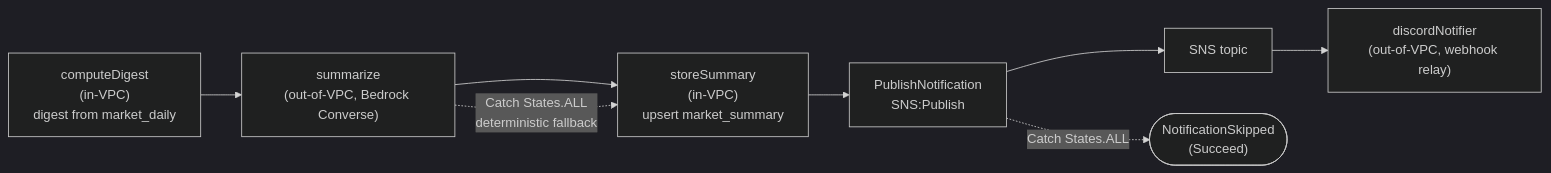
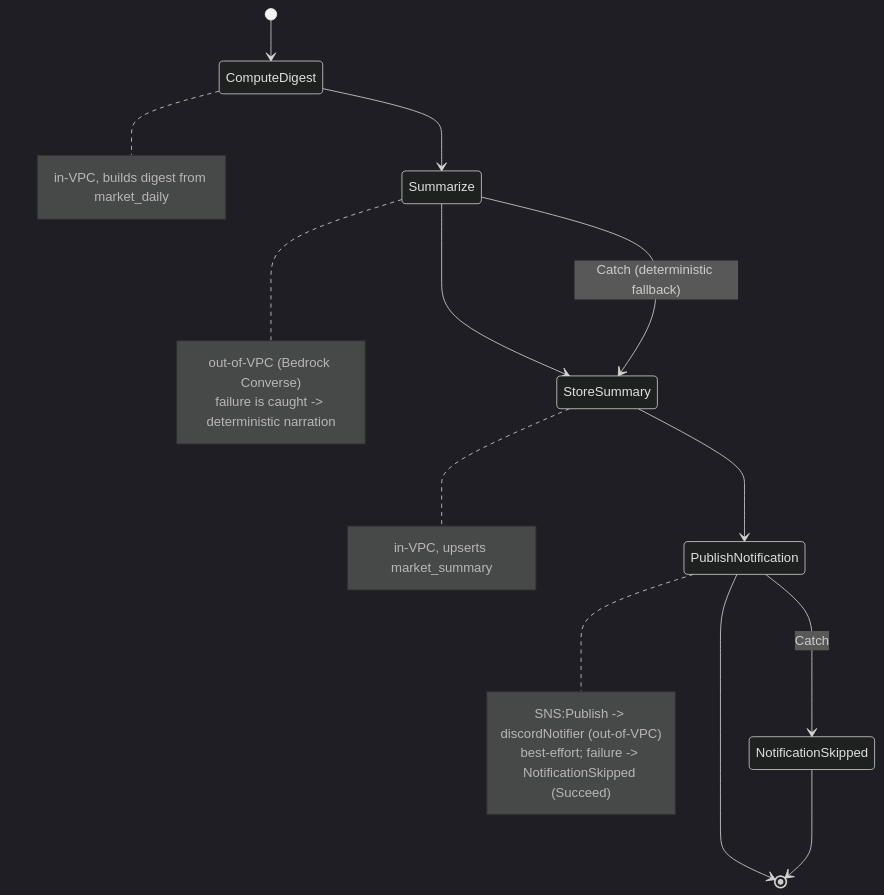
One commit to RyanYCT/bdo-market-insights changed the third of 3 diagrams in docs/architecture.md. Above: the diagram before and after it, drawn with Mermaid (dark theme). The commit also changed other lines of this file and 1 other file, not shown here.

First line of the commit message:
docs: use purpose-built mermaid types (architecture-beta + stateDiagram-v2)

````diff
--- a/docs/architecture.md
+++ b/docs/architecture.md
@@ -63,9 +90,22 @@
 ```mermaid
-flowchart LR
-    CD["computeDigest<br/>(in-VPC)<br/>digest from market_daily"] --> SUM["summarize<br/>(out-of-VPC, Bedrock Converse)"]
-    SUM --> SS["storeSummary<br/>(in-VPC)<br/>upsert market_summary"]
-    SUM -.->|"Catch States.ALL<br/>deterministic fallback"| SS
-    SS --> PUB["PublishNotification<br/>SNS:Publish"]
-    PUB --> SNS["SNS topic"] --> DN["discordNotifier<br/>(out-of-VPC, webhook relay)"]
-    PUB -.->|"Catch States.ALL"| SKIP(["NotificationSkipped<br/>(Succeed)"])
+stateDiagram-v2
+    [*] --> ComputeDigest
+    ComputeDigest --> Summarize
+    Summarize --> StoreSummary
+    Summarize --> StoreSummary : Catch (deterministic fallback)
+    StoreSummary --> PublishNotification
+    PublishNotification --> [*]
+    PublishNotification --> NotificationSkipped : Catch
+    NotificationSkipped --> [*]
+
+    note right of ComputeDigest : in-VPC, builds digest from market_daily
+    note right of Summarize
+        out-of-VPC (Bedrock Converse)
+        failure is caught -> deterministic narration
+    end note
+    note right of StoreSummary : in-VPC, upserts market_summary
+    note right of PublishNotification
+        SNS:Publish -> discordNotifier (out-of-VPC)
+        best-effort; failure -> NotificationSkipped (Succeed)
+    end note
 ```
````
